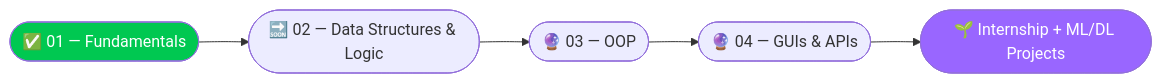
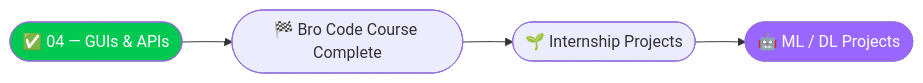
The fourth of 4 diagrams in Python By Bro Code/04-GUI-and-APIs/README.md (MuhammadZafran33/Algorithm-Arsenal), drawn with Mermaid before and after one commit. The commit also changed other lines of this file, not shown here.

````diff
--- a/Python By Bro Code/04-GUI-and-APIs/README.md
+++ b/Python By Bro Code/04-GUI-and-APIs/README.md
@@ -306,10 +338,9 @@
 ```mermaid
 flowchart LR
-    A(["✅ 01 — Fundamentals"]) --> B(["🔜 02 — Data Structures & Logic"])
-    B --> C(["🔮 03 — OOP"])
-    C --> D(["🔮 04 — GUIs & APIs"])
-    D --> E(["🌱 Internship + ML/DL Projects"])
+    A(["✅ 04 — GUIs & APIs"]) --> B(["🏁 Bro Code Course Complete"])
+    B --> C(["🌱 Internship Projects"])
+    C --> D(["🤖 ML / DL Projects"])
 
     style A fill:#00C851,color:#fff
-    style E fill:#9966FF,color:#fff
+    style D fill:#9966FF,color:#fff
 ```
````
